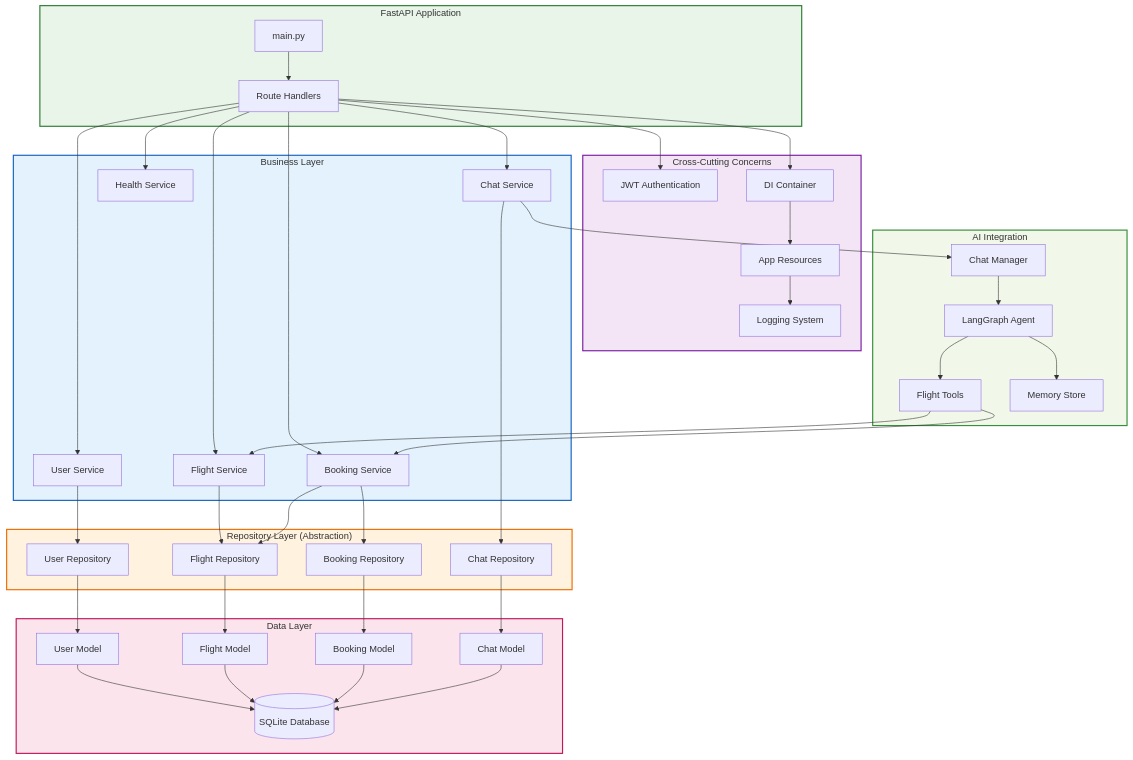
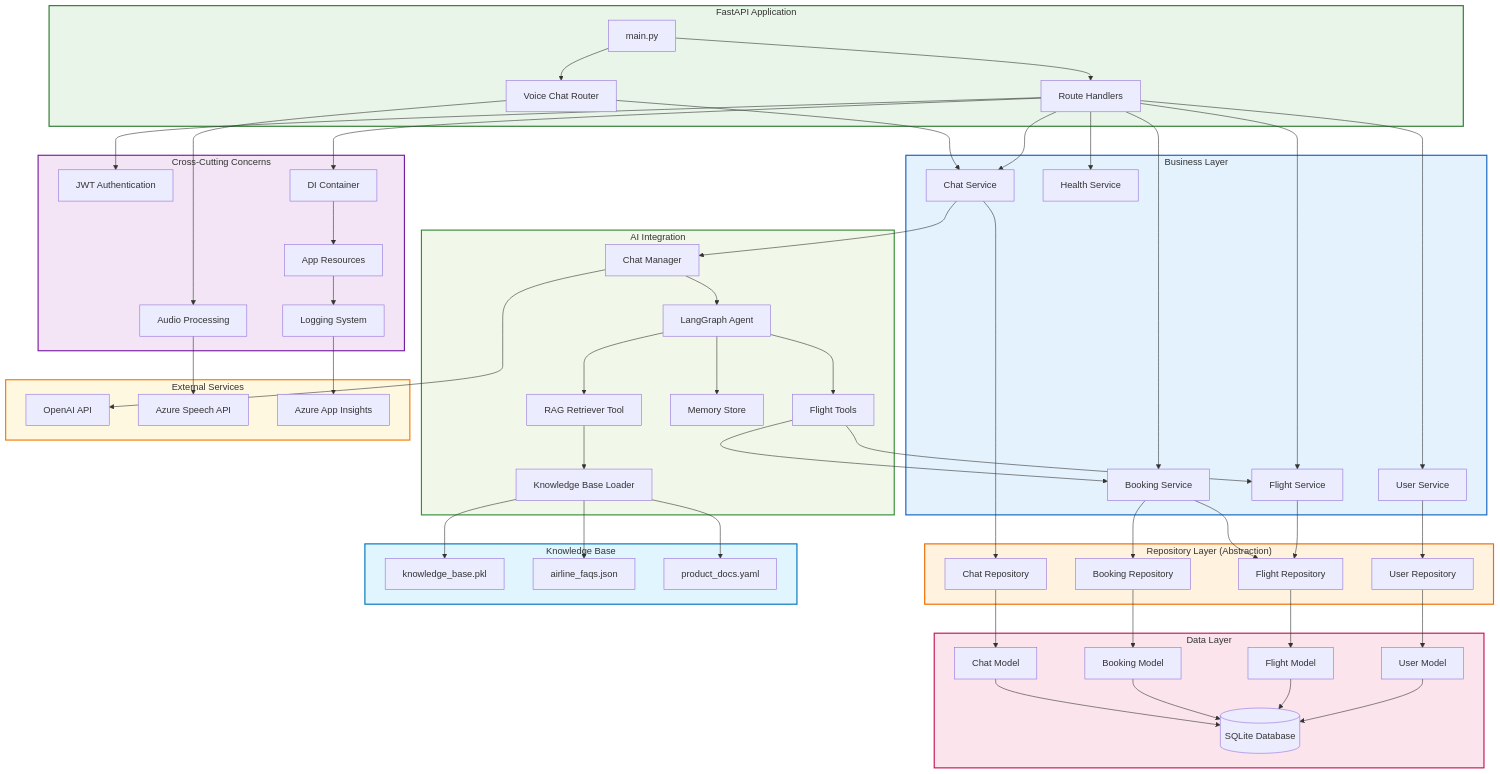
The diagram in docs/diagrams/02-api-architecture.mmd (juan-bolr-org/flights-chatbot-assistant), drawn with Mermaid before and after one commit. The commit also changed 9 other files, not shown here.

Commit message:
Refactor project structure: remove outdated documentation and README files, update system architecture diagrams, and enhance chatbot knowledge base generation workflow.

```diff
--- a/docs/diagrams/02-api-architecture.mmd
+++ b/docs/diagrams/02-api-architecture.mmd
@@ -1,91 +1,123 @@
 graph TB
     subgraph FastAPIApp["FastAPI Application"]
         Main[main.py]
         Routers[Route Handlers]
+        VoiceRouter[Voice Chat Router]
     end
     
     subgraph BusinessLayer["Business Layer"]
         UserService[User Service]
         FlightService[Flight Service]
         BookingService[Booking Service]
         ChatService[Chat Service]
         HealthService[Health Service]
     end
     
     subgraph RepositoryLayer["Repository Layer (Abstraction)"]
         UserRepo[User Repository]
         FlightRepo[Flight Repository]
         BookingRepo[Booking Repository]
         ChatRepo[Chat Repository]
     end
     
     subgraph DataLayer["Data Layer"]
         UserModel[User Model]
         FlightModel[Flight Model]
         BookingModel[Booking Model]
         ChatModel[Chat Model]
         SQLite[(SQLite Database)]
     end
     
     subgraph CrossCutting["Cross-Cutting Concerns"]
         Auth[JWT Authentication]
         Logging[Logging System]
         Dependencies[DI Container]
         Resources[App Resources]
+        AudioProcessor[Audio Processing]
     end
     
     subgraph AIIntegration["AI Integration"]
         ChatManager[Chat Manager]
         LangGraph[LangGraph Agent]
         Tools[Flight Tools]
         Memory[Memory Store]
+        RAGRetriever[RAG Retriever Tool]
+        KnowledgeLoader[Knowledge Base Loader]
+    end
+    
+    subgraph KnowledgeBase["Knowledge Base"]
+        PickleFile[knowledge_base.pkl]
+        JSONFiles[airline_faqs.json]
+        YAMLFiles[product_docs.yaml]
+    end
+    
+    subgraph ExternalServices["External Services"]
+        OpenAI[OpenAI API]
+        AzureSpeech[Azure Speech API]
+        AppInsights[Azure App Insights]
     end
     
     Main --> Routers
+    Main --> VoiceRouter
     Routers --> UserService
     Routers --> FlightService
     Routers --> BookingService
     Routers --> ChatService
     Routers --> HealthService
+    VoiceRouter --> ChatService
     
     UserService --> UserRepo
     FlightService --> FlightRepo
     BookingService --> BookingRepo
     BookingService --> FlightRepo
     ChatService --> ChatRepo
     
     UserRepo --> UserModel
     FlightRepo --> FlightModel
     BookingRepo --> BookingModel
     ChatRepo --> ChatModel
     
     UserModel --> SQLite
     FlightModel --> SQLite
     BookingModel --> SQLite
     ChatModel --> SQLite
     
     Routers --> Auth
     Routers --> Dependencies
     Dependencies --> Resources
     Resources --> Logging
+    VoiceRouter --> AudioProcessor
     
     ChatService --> ChatManager
     ChatManager --> LangGraph
     LangGraph --> Tools
     LangGraph --> Memory
+    LangGraph --> RAGRetriever
     Tools --> FlightService
     Tools --> BookingService
+    RAGRetriever --> KnowledgeLoader
+    KnowledgeLoader --> PickleFile
+    KnowledgeLoader --> JSONFiles
+    KnowledgeLoader --> YAMLFiles
+    
+    ChatManager --> OpenAI
+    AudioProcessor --> AzureSpeech
+    Logging --> AppInsights
     
     classDef app fill:#e8f5e8,stroke:#2e7d32,stroke-width:2px
     classDef business fill:#e3f2fd,stroke:#1565c0,stroke-width:2px
     classDef repo fill:#fff3e0,stroke:#ef6c00,stroke-width:2px
     classDef data fill:#fce4ec,stroke:#c2185b,stroke-width:2px
     classDef cross fill:#f3e5f5,stroke:#7b1fa2,stroke-width:2px
     classDef ai fill:#f1f8e9,stroke:#388e3c,stroke-width:2px
+    classDef kb fill:#e1f5fe,stroke:#0277bd,stroke-width:2px
+    classDef external fill:#fff8e1,stroke:#f57c00,stroke-width:2px
     
     class FastAPIApp app
     class BusinessLayer business
     class RepositoryLayer repo
     class DataLayer data
     class CrossCutting cross
     class AIIntegration ai
+    class KnowledgeBase kb
+    class ExternalServices external
```
